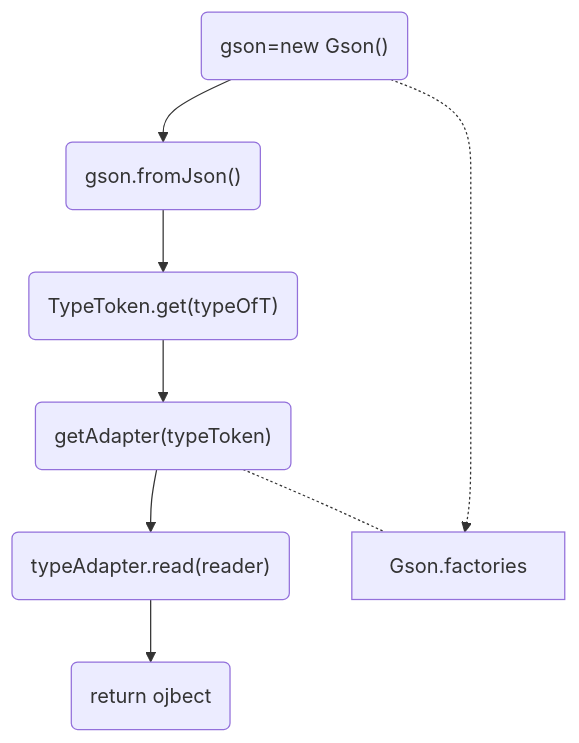
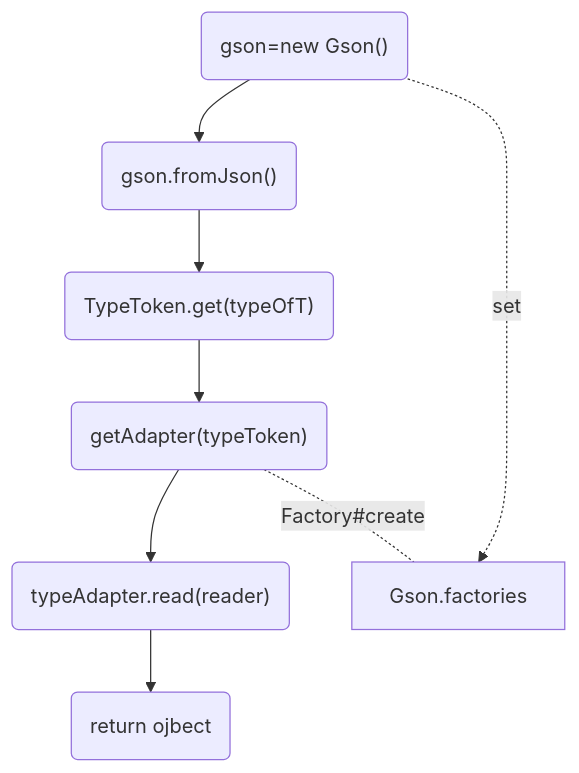
Before and after one commit to Anemone95/gsondemo: the first of 2 diagrams in README.md, drawn with Mermaid. The commit also changed other lines of this file and 10 other files, not shown here.

````diff
--- a/README.md
+++ b/README.md
@@ -183,11 +183,11 @@
 ```mermaid
 graph TB
 gson("gson=new Gson()")-->fromJson("gson.fromJson()")
 fromJson-->TypeToken.get("TypeToken.get(typeOfT)")
 TypeToken.get-->getAdapter("getAdapter(typeToken)")
 getAdapter -->typeAdapter.read("typeAdapter.read(reader)")
 typeAdapter.read-->return("return ojbect")
 
-gson("gson=new Gson()")-.->Gson.factories[Gson.factories]
-getAdapter -.- Gson.factories[Gson.factories]
+gson("gson=new Gson()")-.set.->Gson.factories[Gson.factories]
+getAdapter -.Factory#create.- Gson.factories[Gson.factories]
 ```
````
